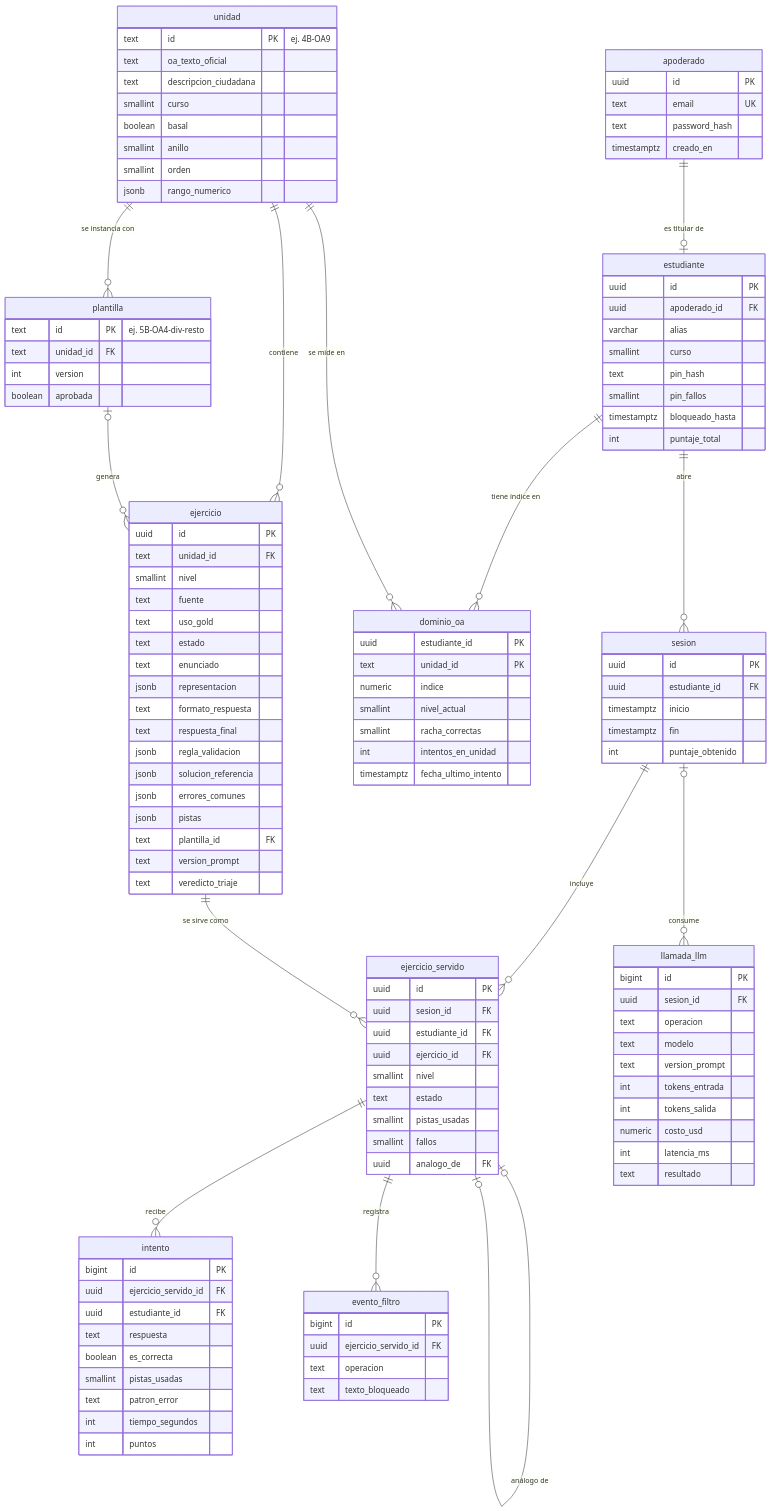
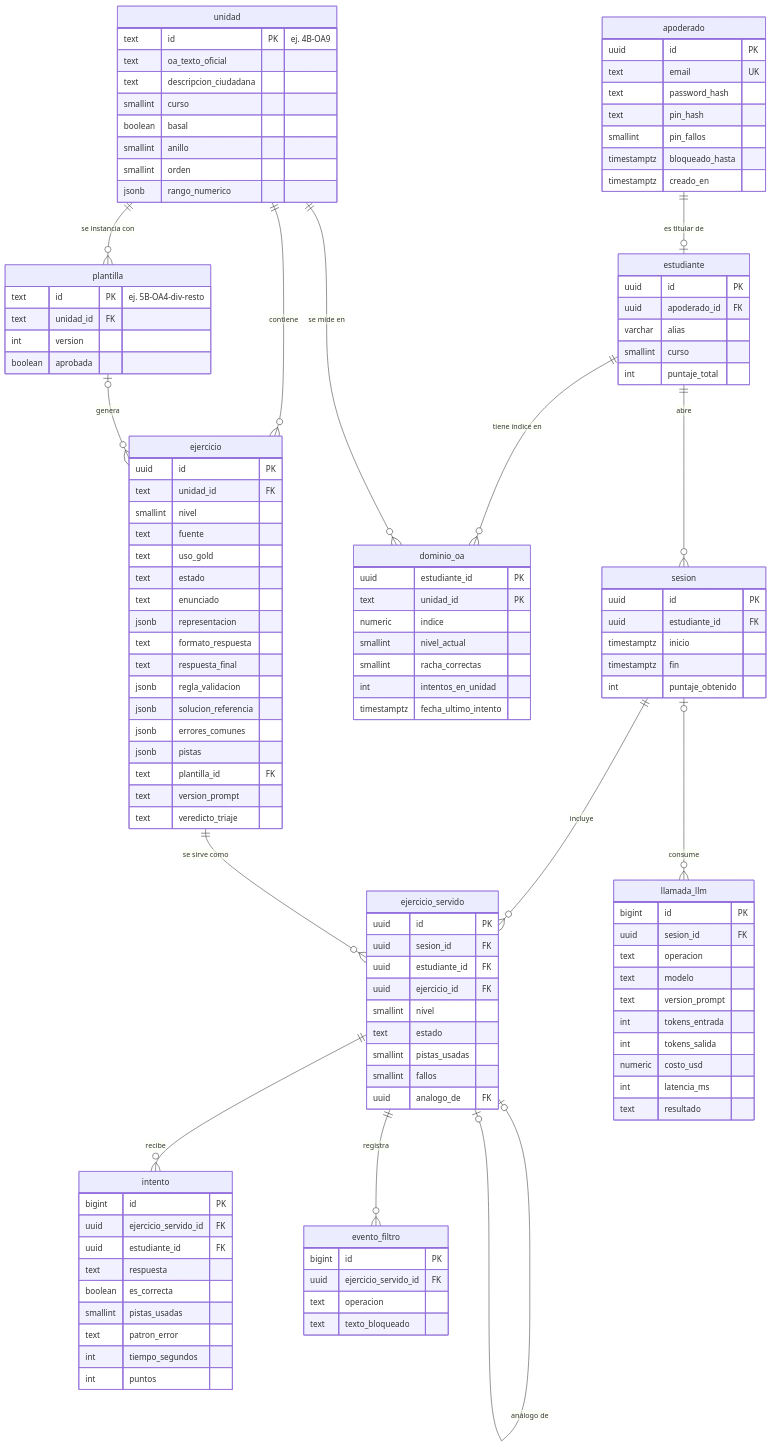
Before and after one commit to IvanDiazAndrade/tutor_inteligente: the diagram in docs/modelo_base_datos.md, drawn with Mermaid. The commit also changed other lines of this file and 28 other files, not shown here.

```diff
--- a/docs/modelo_base_datos.md
+++ b/docs/modelo_base_datos.md
@@ -41,6 +41,9 @@
         uuid id PK
         text email UK
         text password_hash
+        text pin_hash
+        smallint pin_fallos
+        timestamptz bloqueado_hasta
         timestamptz creado_en
     }
     estudiante {
@@ -48,9 +51,6 @@
         uuid apoderado_id FK
         varchar alias
         smallint curso
-        text pin_hash
-        smallint pin_fallos
-        timestamptz bloqueado_hasta
         int puntaje_total
     }
     unidad {
```
